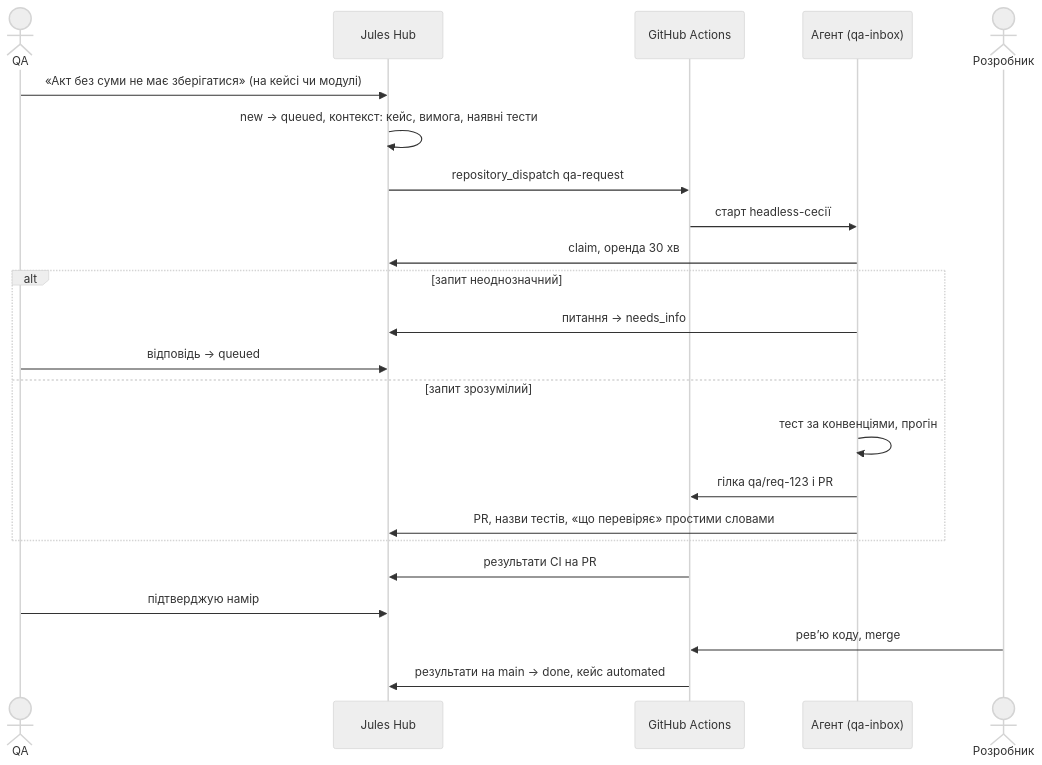
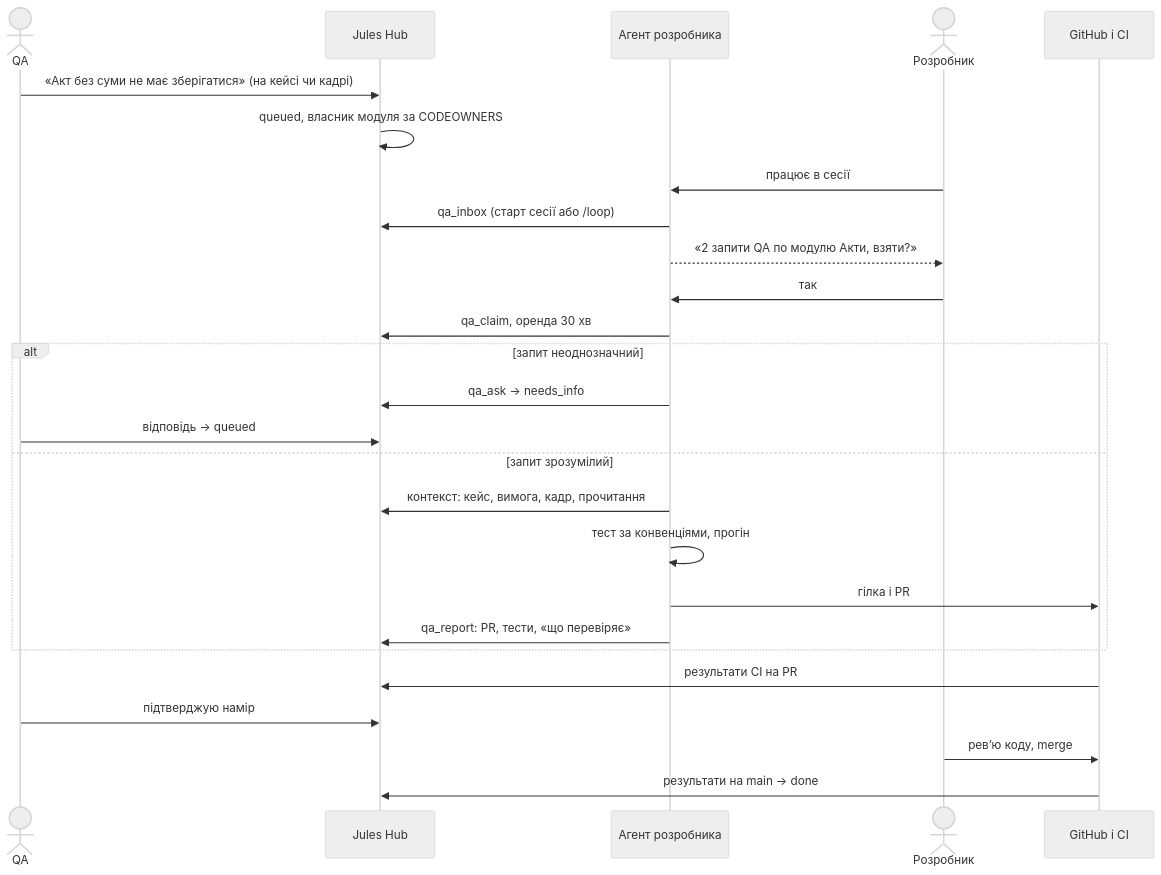
Before and after one commit to wataschi/Jules_QA: the fourth of 5 diagrams in docs/agent-driven-qa-plan.md, drawn with Mermaid (neutral theme). The commit also changed other lines of this file, not shown here.

First line of the commit message:
План: модель розробника, входи Confluence, Figma і Jira

````diff
--- a/docs/agent-driven-qa-plan.md
+++ b/docs/agent-driven-qa-plan.md
@@ -357,25 +520,28 @@
 ```mermaid
 sequenceDiagram
   actor QA
   participant Hub as Jules Hub
-  participant GH as GitHub Actions
-  participant AG as Агент (qa-inbox)
+  participant AG as Агент розробника
   actor Dev as Розробник
-  QA->>Hub: «Акт без суми не має зберігатися» (на кейсі чи модулі)
-  Hub->>Hub: new → queued, контекст: кейс, вимога, наявні тести
-  Hub->>GH: repository_dispatch qa-request
-  GH->>AG: старт headless-сесії
-  AG->>Hub: claim, оренда 30 хв
+  participant GH as GitHub і CI
+  QA->>Hub: «Акт без суми не має зберігатися» (на кейсі чи кадрі)
+  Hub->>Hub: queued, власник модуля за CODEOWNERS
+  Dev->>AG: працює в сесії
+  AG->>Hub: qa_inbox (старт сесії або /loop)
+  AG-->>Dev: «2 запити QA по модулю Акти, взяти?»
+  Dev->>AG: так
+  AG->>Hub: qa_claim, оренда 30 хв
   alt запит неоднозначний
-    AG->>Hub: питання → needs_info
+    AG->>Hub: qa_ask → needs_info
     QA->>Hub: відповідь → queued
   else запит зрозумілий
+    AG->>Hub: контекст: кейс, вимога, кадр, прочитання
     AG->>AG: тест за конвенціями, прогін
-    AG->>GH: гілка qa/req-123 і PR
-    AG->>Hub: PR, назви тестів, «що перевіряє» простими словами
+    AG->>GH: гілка і PR
+    AG->>Hub: qa_report: PR, тести, «що перевіряє»
   end
   GH->>Hub: результати CI на PR
   QA->>Hub: підтверджую намір
   Dev->>GH: ревʼю коду, merge
-  GH->>Hub: результати на main → done, кейс automated
+  GH->>Hub: результати на main → done
 ```
````
